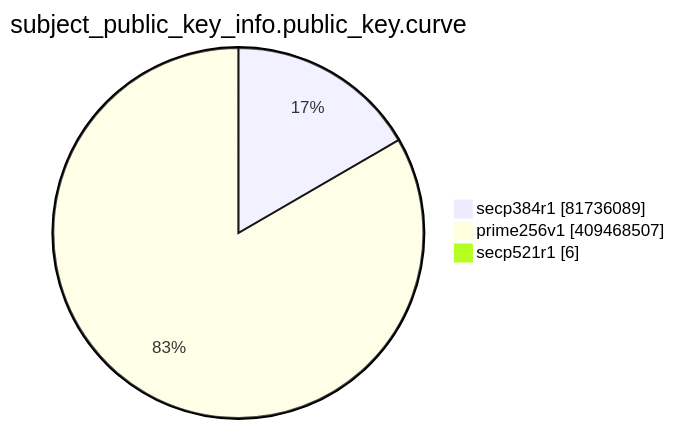
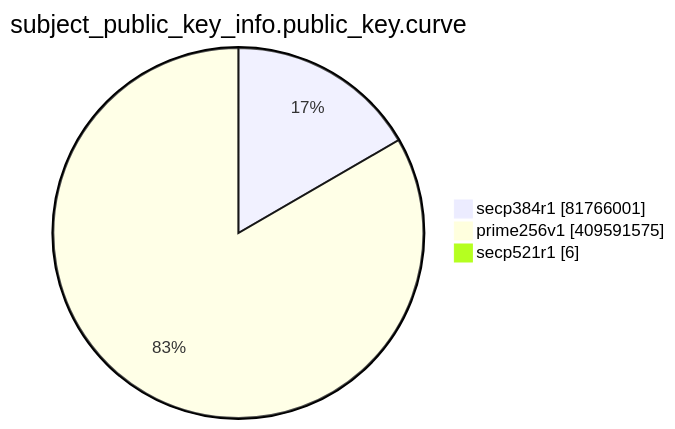
Before and after one commit to christiankrug/ctmonitor_visualization: the eighth of 15 diagrams in TOTAL/README.md, drawn with Mermaid. The commit also changed other lines of this file, not shown here.

````diff
--- a/TOTAL/README.md
+++ b/TOTAL/README.md
@@ -3096,7 +3096,7 @@
 ```mermaid
 pie showData
 title subject_public_key_info.public_key.curve
-"secp384r1" :81736089
-"prime256v1" :409468507
+"secp384r1" :81766001
+"prime256v1" :409591575
 "secp521r1" :6
 ```
````
